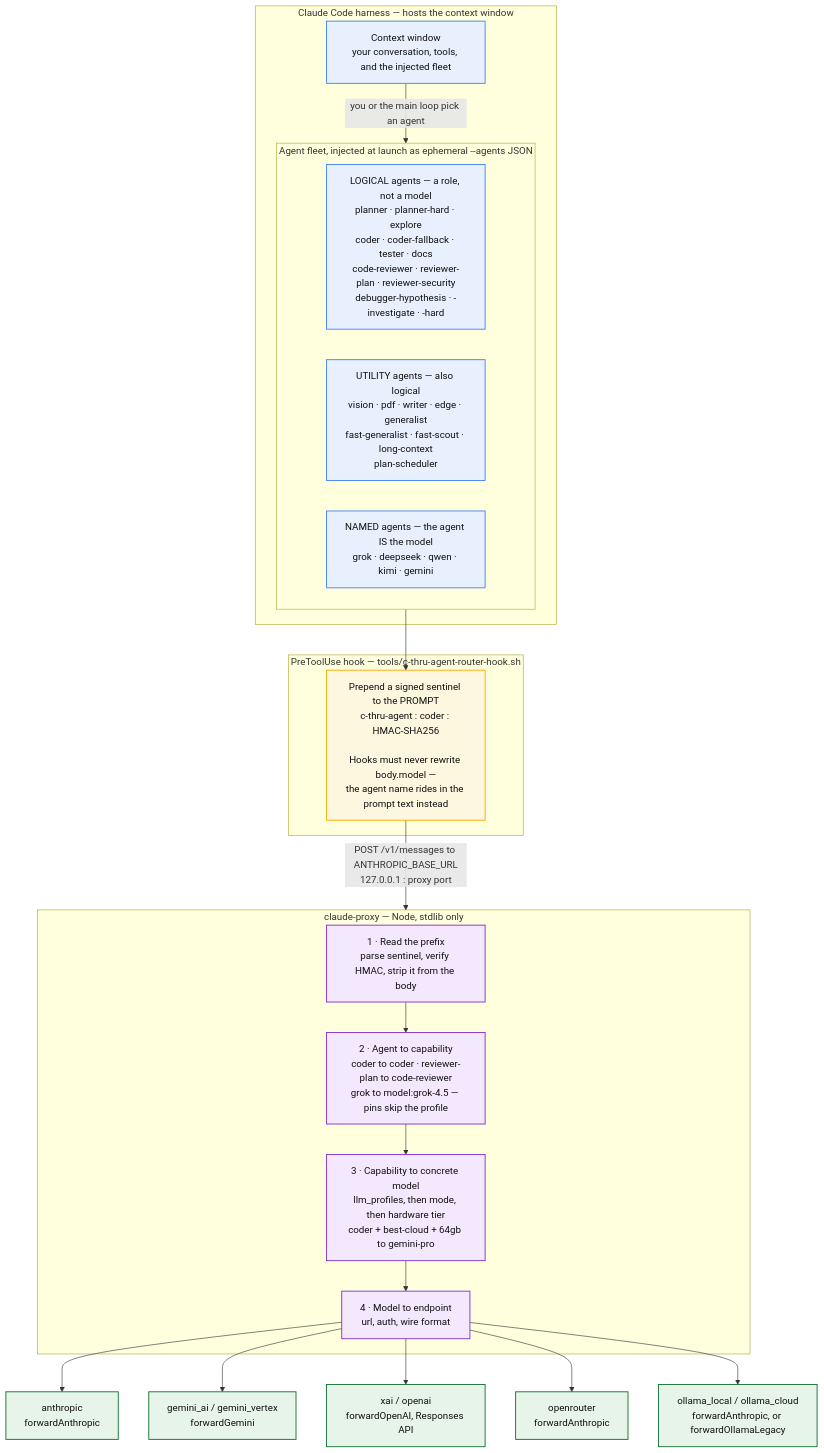
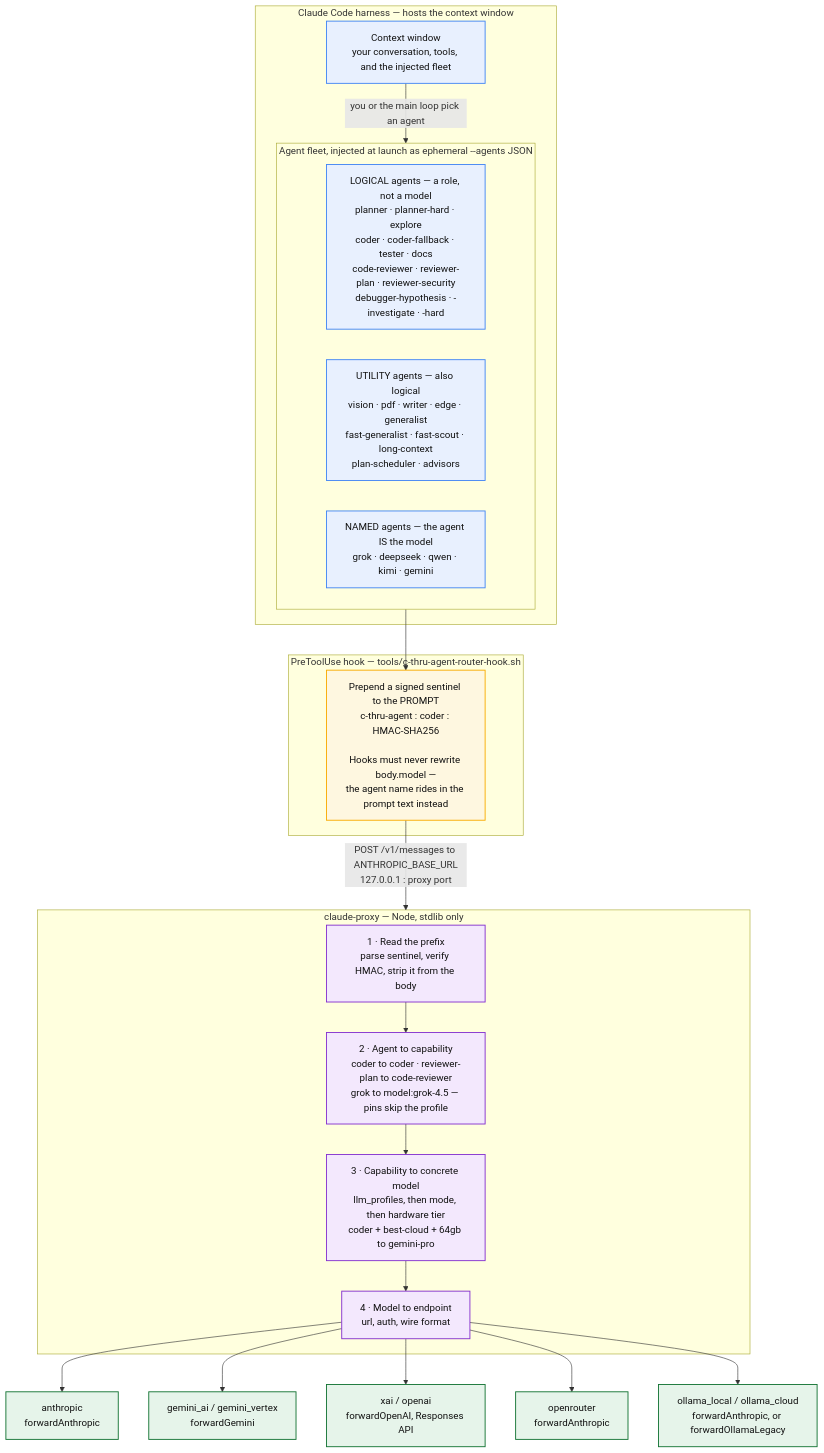
The fourth of 7 diagrams in README.md (whichguy/c-thru), drawn with Mermaid before and after one commit. The commit also changed other lines of this file and 2 other files, not shown here.

````diff
--- a/README.md
+++ b/README.md
@@ -260,45 +295,45 @@
 ```mermaid
 flowchart TB
     subgraph HARNESS["Claude Code harness — hosts the context window"]
         CTX["Context window<br/>your conversation, tools, and the injected fleet"]
 
         subgraph FLEET["Agent fleet, injected at launch as ephemeral --agents JSON"]
             LOGICAL["LOGICAL agents — a role, not a model<br/>planner · planner-hard · explore<br/>coder · coder-fallback · tester · docs<br/>code-reviewer · reviewer-plan · reviewer-security<br/>debugger-hypothesis · -investigate · -hard"]
-            UTILITY["UTILITY agents — also logical<br/>vision · pdf · writer · edge · generalist<br/>fast-generalist · fast-scout · long-context<br/>plan-scheduler"]
+            UTILITY["UTILITY agents — also logical<br/>vision · pdf · writer · edge · generalist<br/>fast-generalist · fast-scout · long-context<br/>plan-scheduler · advisors"]
             NAMED["NAMED agents — the agent IS the model<br/>grok · deepseek · qwen · kimi · gemini"]
         end
 
         CTX -->|"you or the main loop pick an agent"| FLEET
     end
 
     FLEET --> HOOK
 
     subgraph HOOKBOX["PreToolUse hook — tools/c-thru-agent-router-hook.sh"]
         HOOK["Prepend a signed sentinel to the PROMPT<br/>c-thru-agent : coder : HMAC-SHA256<br/><br/>Hooks must never rewrite body.model —<br/>the agent name rides in the prompt text instead"]
     end
 
     HOOK -->|"POST /v1/messages to ANTHROPIC_BASE_URL<br/>127.0.0.1 : proxy port"| PROXYBOX
 
     subgraph PROXYBOX["claude-proxy — Node, stdlib only"]
         P1["1 · Read the prefix<br/>parse sentinel, verify HMAC, strip it from the body"]
         P2["2 · Agent to capability<br/>coder to coder · reviewer-plan to code-reviewer<br/>grok to model:grok-4.5 — pins skip the profile"]
         P3["3 · Capability to concrete model<br/>llm_profiles, then mode, then hardware tier<br/>coder + best-cloud + 64gb to gemini-pro"]
         P4["4 · Model to endpoint<br/>url, auth, wire format"]
         P1 --> P2 --> P3 --> P4
     end
 
     P4 --> ANT["anthropic<br/>forwardAnthropic"]
     P4 --> GEM["gemini_ai / gemini_vertex<br/>forwardGemini"]
     P4 --> XAI["xai / openai<br/>forwardOpenAI, Responses API"]
     P4 --> ORT["openrouter<br/>forwardAnthropic"]
     P4 --> OLL["ollama_local / ollama_cloud<br/>forwardAnthropic, or forwardOllamaLegacy"]
 
     classDef harness  fill:#E8F0FE,stroke:#4285F4,stroke-width:1.5px,color:#111
     classDef hook     fill:#FEF7E0,stroke:#F9AB00,stroke-width:1.5px,color:#111
     classDef proxy    fill:#F3E8FD,stroke:#8430CE,stroke-width:1.5px,color:#111
     classDef provider fill:#E6F4EA,stroke:#137333,stroke-width:1.5px,color:#111
     class CTX,LOGICAL,UTILITY,NAMED harness
     class HOOK hook
     class P1,P2,P3,P4 proxy
     class ANT,GEM,XAI,ORT,OLL provider
 ```
````
